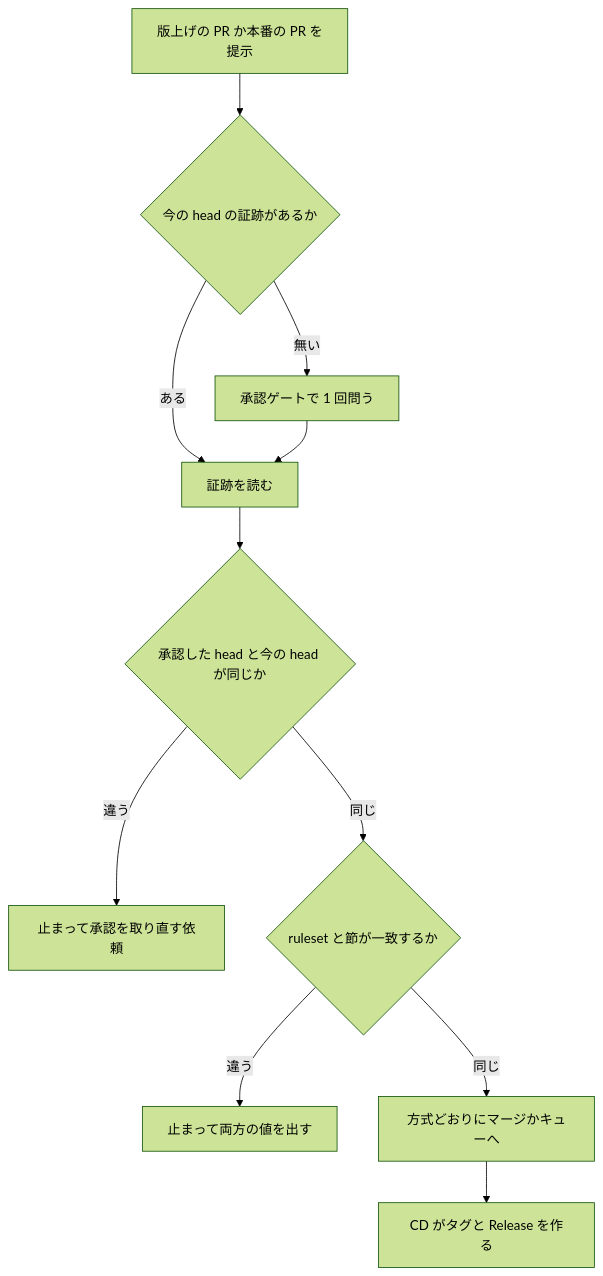
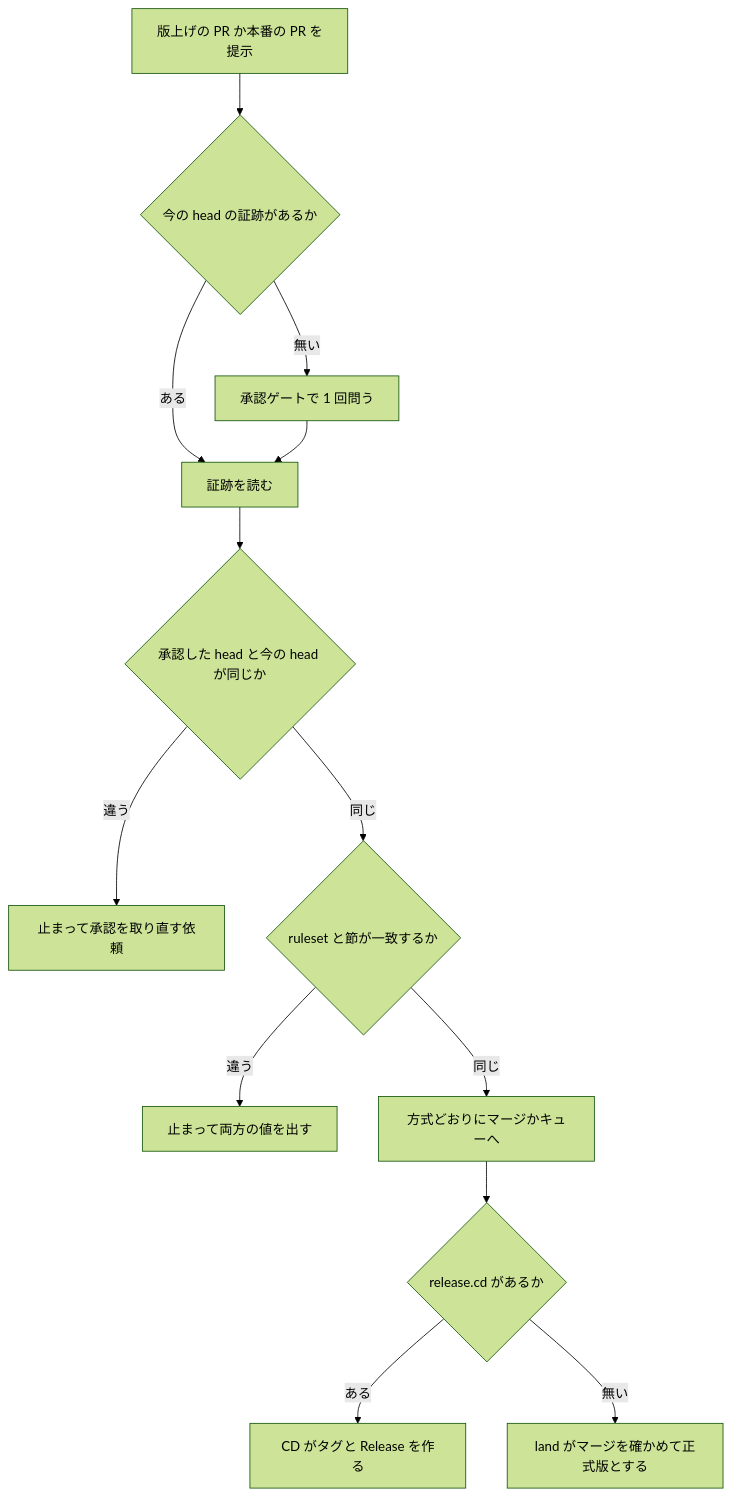
The third of 3 diagrams in issues/issue-3672-design.md (devbasex/ai-plugins), drawn with Mermaid (forest theme) before and after one commit. The commit also changed other lines of this file and 4 other files, not shown here.

````diff
--- a/issues/issue-3672-design.md
+++ b/issues/issue-3672-design.md
@@ -316,13 +325,15 @@
 ```mermaid
 flowchart TD
     A[版上げの PR か本番の PR を提示] --> B{今の head の証跡があるか}
     B -->|無い| C[承認ゲートで 1 回問う]
     B -->|ある| D[証跡を読む]
     C --> D
     D --> E{承認した head と今の head が同じか}
     E -->|違う| X[止まって承認を取り直す依頼]
     E -->|同じ| F{ruleset と節が一致するか}
     F -->|違う| Y[止まって両方の値を出す]
     F -->|同じ| G[方式どおりにマージかキューへ]
-    G --> H[CD がタグと Release を作る]
+    G --> H{release.cd があるか}
+    H -->|ある| I[CD がタグと Release を作る]
+    H -->|無い| J[land がマージを確かめて正式版とする]
 ```
````
